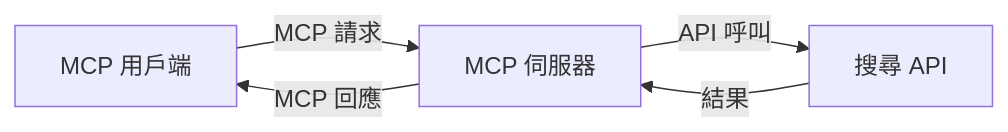
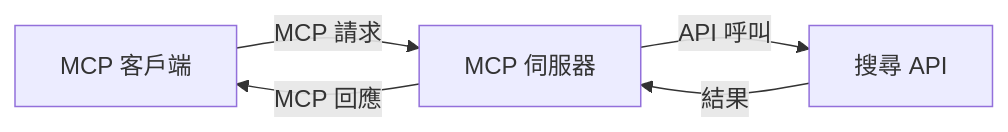
Before and after one commit to microsoft/mcp-for-beginners: the second of 4 diagrams in translations/zh-TW/05-AdvancedTopics/mcp-realtimesearch/README.md, drawn with Mermaid. The commit also changed other lines of this file and 103 other files, not shown here.

````diff
--- a/translations/zh-TW/05-AdvancedTopics/mcp-realtimesearch/README.md
+++ b/translations/zh-TW/05-AdvancedTopics/mcp-realtimesearch/README.md
@@ -598,7 +600,7 @@
 ```mermaid
 graph LR
-    Client[MCP 用戶端] --> |MCP 請求| Server[MCP 伺服器]
+    Client[MCP 客戶端] --> |MCP 請求| Server[MCP 伺服器]
     Server --> |API 呼叫| SearchAPI[搜尋 API]
     SearchAPI --> |結果| Server
     Server --> |MCP 回應| Client
 ```
````
